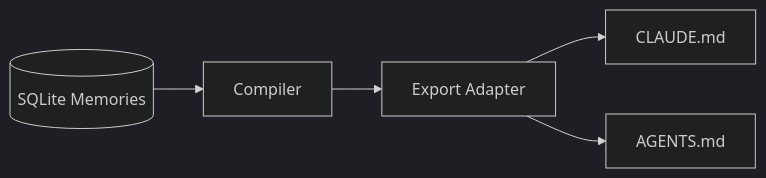
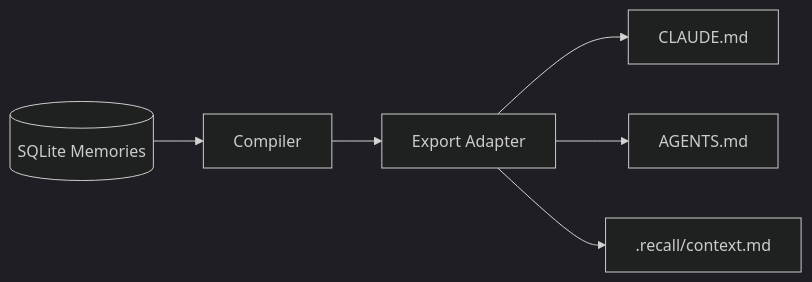
The ninth of 12 diagrams in ARCHITECTURE.md (edihasaj/recall), drawn with Mermaid (dark theme) before and after one commit. The commit also changed other lines of this file and 8 other files, not shown here.

Commit message:
feat: publish repo-local recall context

````diff
--- a/ARCHITECTURE.md
+++ b/ARCHITECTURE.md
@@ -297,7 +298,8 @@
 ```mermaid
 flowchart LR
     DB[(SQLite Memories)] --> Compiler[Compiler]
     Compiler --> Export[Export Adapter]
     Export --> Claude[CLAUDE.md]
     Export --> Codex[AGENTS.md]
+    Export --> Context[.recall/context.md]
 ```
````
